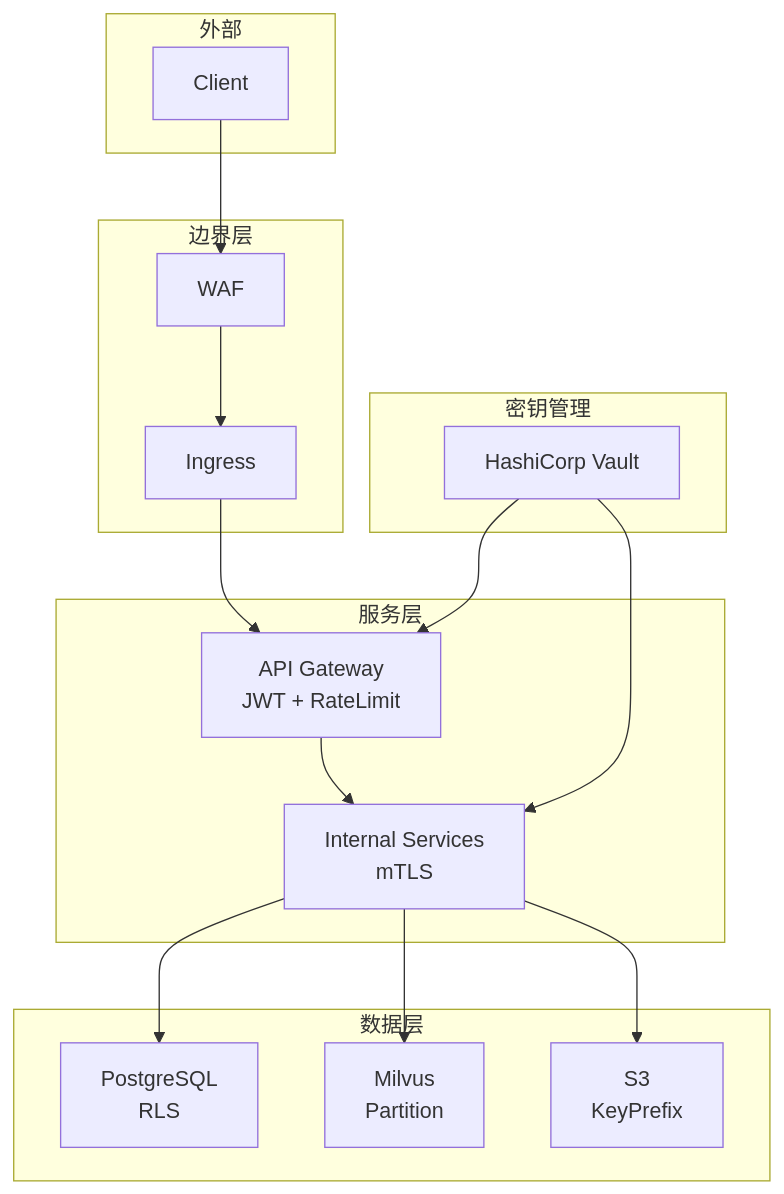
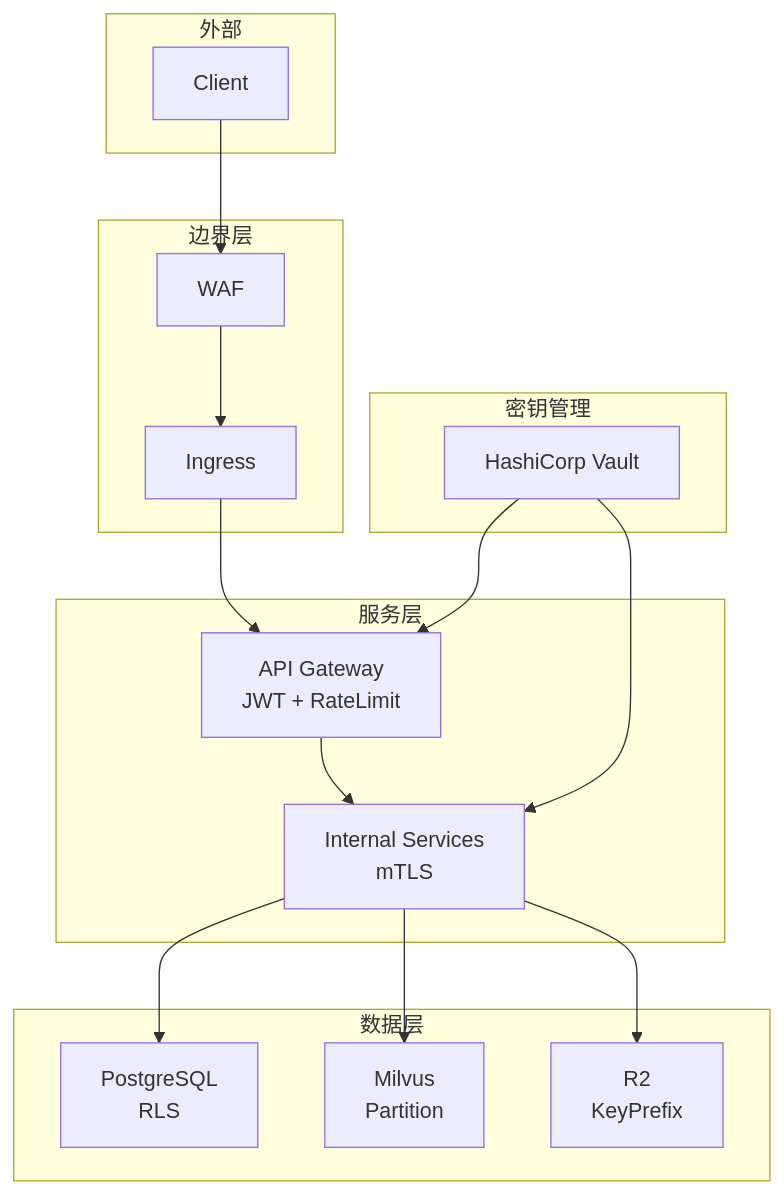
One commit to nsxzhou/z-novel-ai-api changed the diagram in docs/19-安全与多租户隔离设计.md. Above: the diagram before and after it, drawn with Mermaid. The commit also changed other lines of this file and 10 other files, not shown here.

````diff
--- a/docs/19-安全与多租户隔离设计.md
+++ b/docs/19-安全与多租户隔离设计.md
@@ -13,34 +13,34 @@
 ```mermaid
 graph TD
     subgraph 外部
         CLIENT[Client]
     end
 
     subgraph 边界层
         WAF[WAF]
         INGRESS[Ingress]
     end
 
     subgraph 服务层
         GW[API Gateway<br/>JWT + RateLimit]
         SVC[Internal Services<br/>mTLS]
     end
 
     subgraph 数据层
         PG[PostgreSQL<br/>RLS]
         MILVUS[Milvus<br/>Partition]
-        S3[S3<br/>KeyPrefix]
+        R2[R2<br/>KeyPrefix]
     end
 
     subgraph 密钥管理
         VAULT[HashiCorp Vault]
     end
 
     CLIENT --> WAF --> INGRESS --> GW
     GW --> SVC
     SVC --> PG
     SVC --> MILVUS
-    SVC --> S3
+    SVC --> R2
     VAULT --> GW
     VAULT --> SVC
 ```
````
